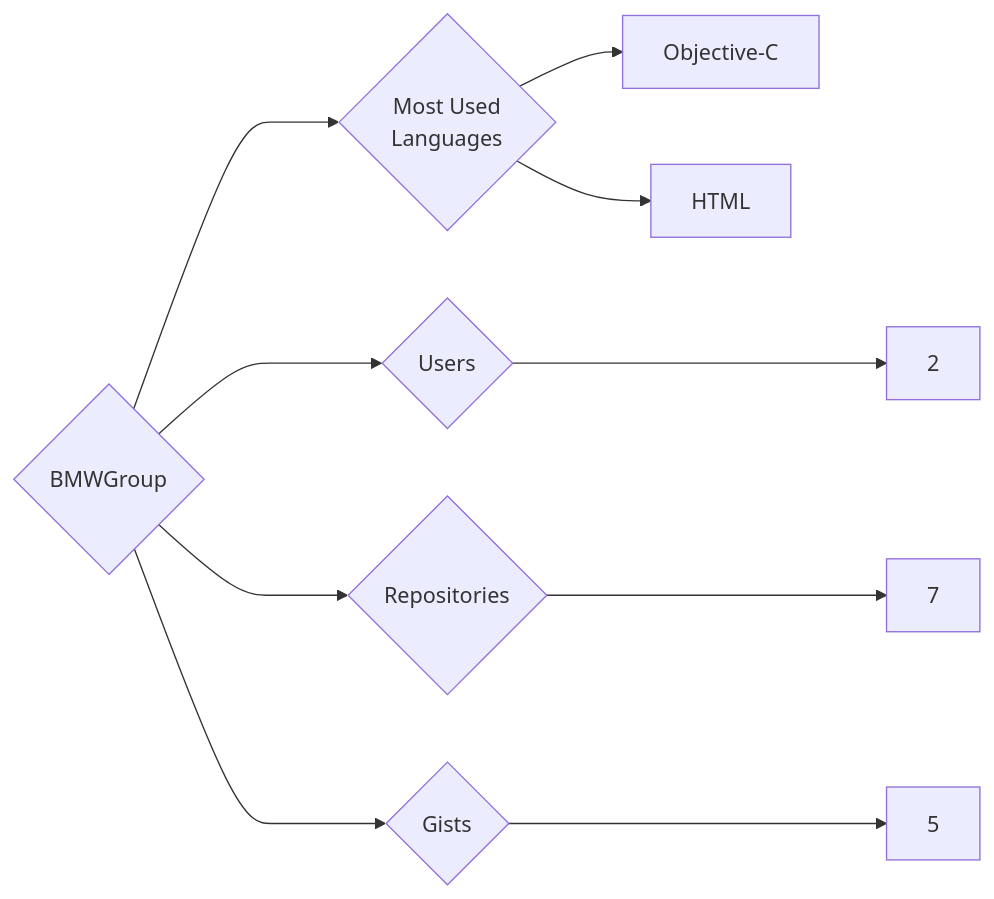
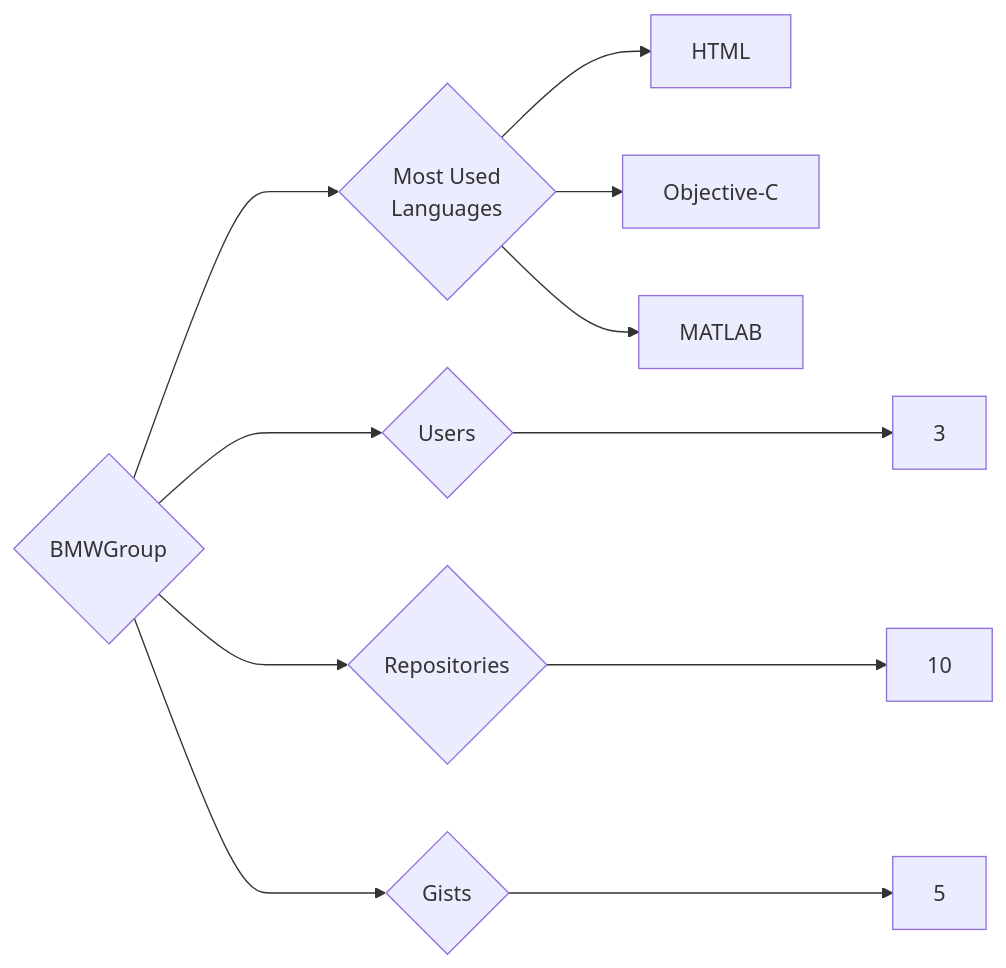
The diagram in targets/BMWGroup/README.md (trickest/insiders), drawn with Mermaid before and after one commit. The commit also changed 873 other files, not shown here.

````diff
--- a/targets/BMWGroup/README.md
+++ b/targets/BMWGroup/README.md
@@ -3,10 +3,11 @@
 ```mermaid
 graph LR
 COMPANY_NAME{BMWGroup}
-COMPANY_NAME ---> U{Users} ---> UN[2]
-COMPANY_NAME ---> R{Repositories} ---> RN[7]
+COMPANY_NAME ---> U{Users} ---> UN[3]
+COMPANY_NAME ---> R{Repositories} ---> RN[10]
 COMPANY_NAME ---> G{Gists} ---> GN[5]
 COMPANY_NAME ---> ML{Most Used<br>Languages}
+ML --> HTML[HTML]
 ML --> Objective-C[Objective-C]
-ML --> HTML[HTML]
+ML --> MATLAB[MATLAB]
 ```
````
